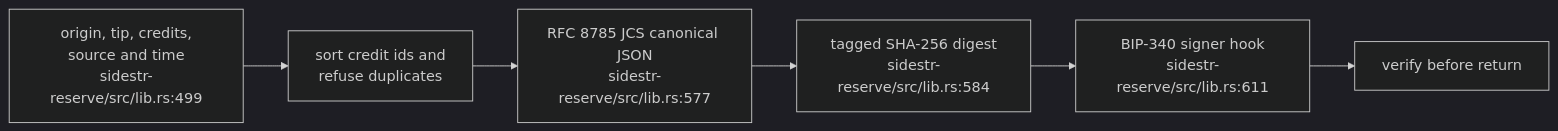
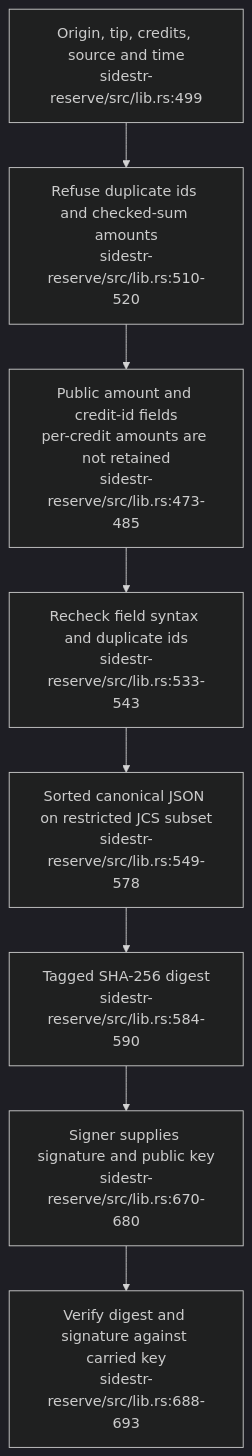
Before and after one commit to DreamLab-AI/VisionFlow: the second of 3 diagrams in docs/diagrams/sidestr-rs/05-reserve-attestation-and-liquid-adapter.md, drawn with Mermaid (dark theme). The commit also changed other lines of this file and 29 other files, not shown here.

Commit message:
Audit reserve attestation policy boundaries and reconcile SideStr diagrams

````diff
--- a/docs/diagrams/sidestr-rs/05-reserve-attestation-and-liquid-adapter.md
+++ b/docs/diagrams/sidestr-rs/05-reserve-attestation-and-liquid-adapter.md
@@ -46,8 +49,10 @@
 ```mermaid
-flowchart LR
-    IN["origin, tip, credits,<br/>source and time<br/>sidestr-reserve/src/lib.rs:499"] --> SORT["sort credit ids and<br/>refuse duplicates"]
-    SORT --> JSON["RFC 8785 JCS canonical JSON<br/>sidestr-reserve/src/lib.rs:577"]
-    JSON --> SHA["tagged SHA-256 digest<br/>sidestr-reserve/src/lib.rs:584"]
-    SHA --> SIG["BIP-340 signer hook<br/>sidestr-reserve/src/lib.rs:611"]
-    SIG --> CHECK["verify before return"]
+flowchart TB
+    IN["Origin, tip, credits, source and time<br/>sidestr-reserve/src/lib.rs:499"] --> BUILD["Refuse duplicate ids and checked-sum amounts<br/>sidestr-reserve/src/lib.rs:510-520"]
+    BUILD --> VALUE["Public amount and credit-id fields<br/>per-credit amounts are not retained<br/>sidestr-reserve/src/lib.rs:473-485"]
+    VALUE --> CHECK["Recheck field syntax and duplicate ids<br/>sidestr-reserve/src/lib.rs:533-543"]
+    CHECK --> JSON["Sorted canonical JSON on restricted JCS subset<br/>sidestr-reserve/src/lib.rs:549-578"]
+    JSON --> HASH["Tagged SHA-256 digest<br/>sidestr-reserve/src/lib.rs:584-590"]
+    HASH --> SIGN["Signer supplies signature and public key<br/>sidestr-reserve/src/lib.rs:670-680"]
+    SIGN --> VERIFY["Verify digest and signature against carried key<br/>sidestr-reserve/src/lib.rs:688-693"]
 ```
````
